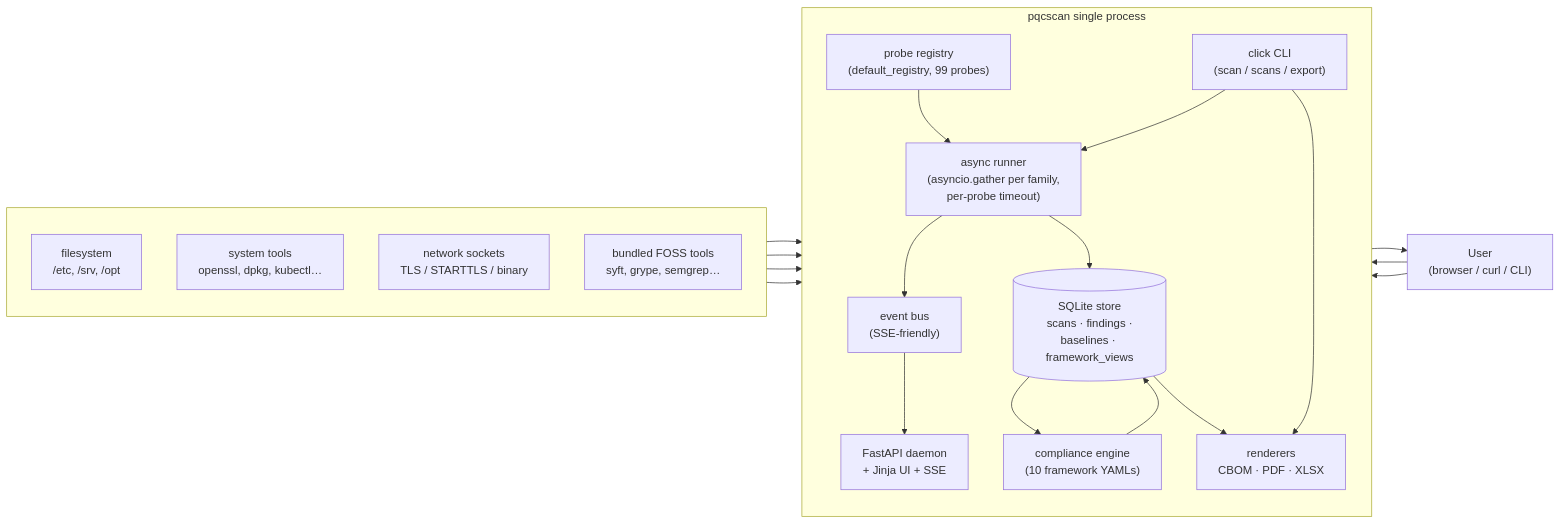
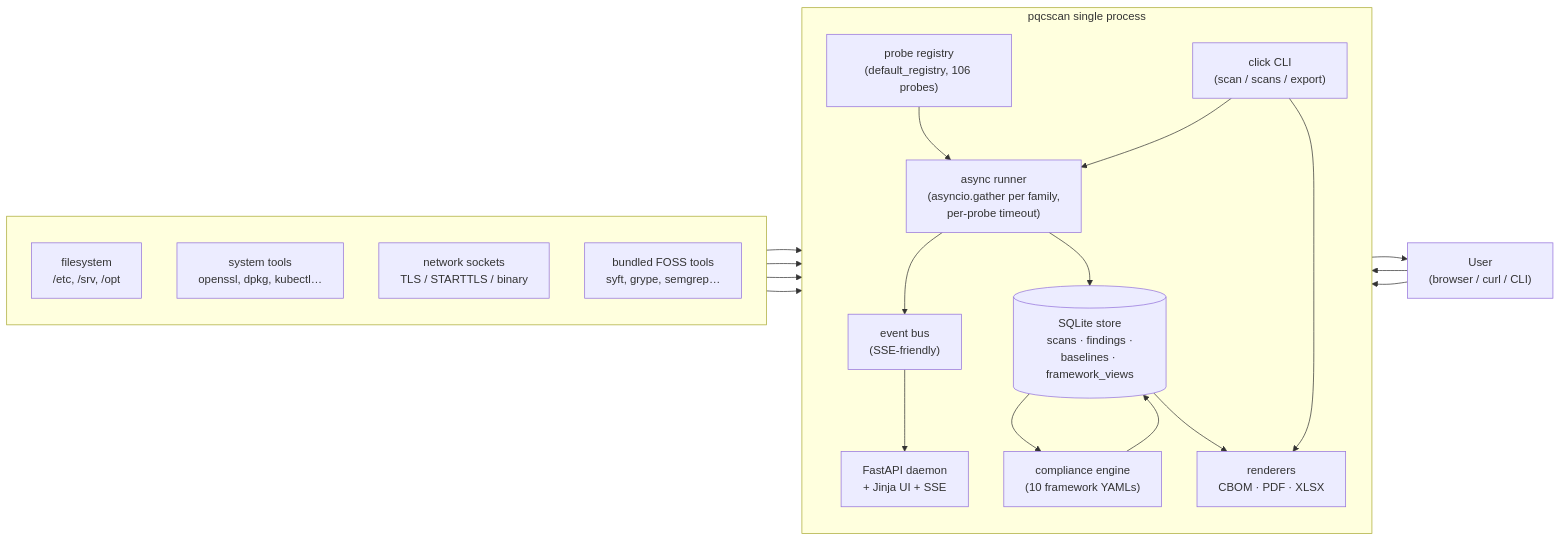
One commit to orengacademy/pqc-scanner2 changed the first of 8 diagrams in README.md. Above: the diagram before and after it, drawn with Mermaid. The commit also changed other lines of this file and 1 other file, not shown here.

````diff
--- a/README.md
+++ b/README.md
@@ -33,39 +33,39 @@
 ```mermaid
 flowchart LR
     subgraph host[" "]
         direction TB
         FS["filesystem<br/>/etc, /srv, /opt"]
         SYS["system tools<br/>openssl, dpkg, kubectl…"]
         NET["network sockets<br/>TLS / STARTTLS / binary"]
         FOSS["bundled FOSS tools<br/>syft, grype, semgrep…"]
     end
 
     subgraph proc["pqcscan single process"]
         direction TB
-        REG["probe registry<br/>(default_registry, 99 probes)"]
+        REG["probe registry<br/>(default_registry, 106 probes)"]
         RUN["async runner<br/>(asyncio.gather per family,<br/>per-probe timeout)"]
         BUS["event bus<br/>(SSE-friendly)"]
         REPO[("SQLite store<br/>scans · findings ·<br/>baselines · framework_views")]
         COMP["compliance engine<br/>(10 framework YAMLs)"]
         DAEMON["FastAPI daemon<br/>+ Jinja UI + SSE"]
         CLI["click CLI<br/>(scan / scans / export)"]
         REND["renderers<br/>CBOM · PDF · XLSX"]
     end
 
     USER["User<br/>(browser / curl / CLI)"]
 
     FS  --> RUN
     SYS --> RUN
     NET --> RUN
     FOSS --> RUN
     REG --> RUN
     RUN --> BUS --> DAEMON
     RUN --> REPO
     REPO --> COMP --> REPO
     REPO --> REND
     DAEMON --> USER
     CLI   --> RUN
     CLI   --> REND
     USER  --> DAEMON
     USER  --> CLI
 ```
````
